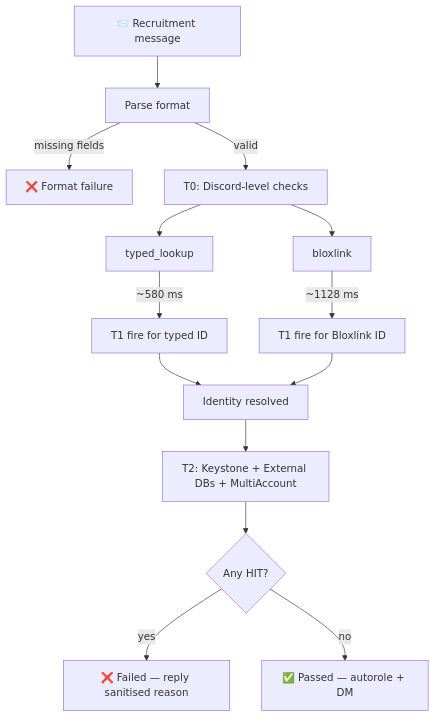
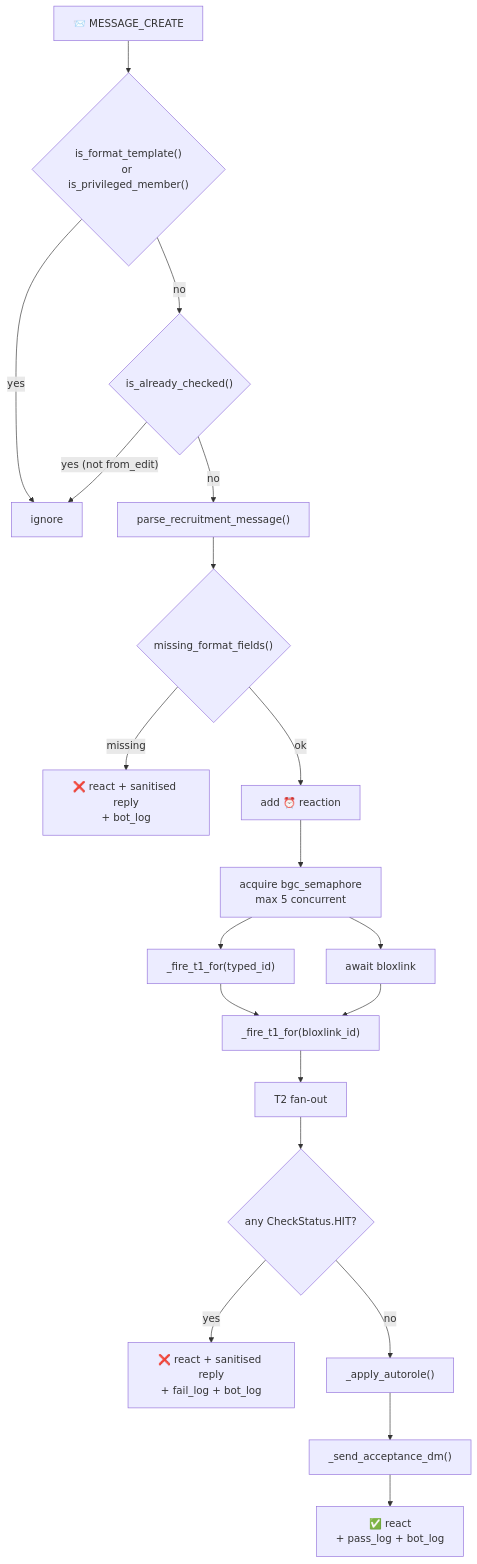
One commit to pizzarobloxh/bgc-bot changed the first of 11 diagrams in README.md. Above: the diagram before and after it, drawn with Mermaid. The commit also changed other lines of this file, not shown here.

````diff
--- a/README.md
+++ b/README.md
@@ -159,16 +199,22 @@
 ```mermaid
 flowchart TD
-    A["📨 Recruitment message"] --> B["Parse format"]
-    B -->|"missing fields"| C["❌ Format failure"]
-    B -->|"valid"| D["T0: Discord-level checks"]
-    D --> E["typed_lookup"]
-    D --> F["bloxlink"]
-    E -->|"~580 ms"| G["T1 fire for typed ID"]
-    F -->|"~1128 ms"| H["T1 fire for Bloxlink ID"]
-    G --> I["Identity resolved"]
-    H --> I
-    I --> J["T2: Keystone + External DBs + MultiAccount"]
-    J --> K{"Any HIT?"}
-    K -->|"yes"| L["❌ Failed — reply sanitised reason"]
-    K -->|"no"| M["✅ Passed — autorole + DM"]
+    A["📨 MESSAGE_CREATE"] --> B{"is_format_template()<br/>or is_privileged_member()"}
+    B -->|"yes"| Z["ignore"]
+    B -->|"no"| C{"is_already_checked()"}
+    C -->|"yes (not from_edit)"| Z
+    C -->|"no"| D["parse_recruitment_message()"]
+    D --> E{"missing_format_fields()"}
+    E -->|"missing"| F["❌ react + sanitised reply<br/>+ bot_log"]
+    E -->|"ok"| G["add ⏰ reaction"]
+    G --> H["acquire bgc_semaphore<br/>max 5 concurrent"]
+    H --> I["_fire_t1_for(typed_id)"]
+    H --> J["await bloxlink"]
+    I --> K["_fire_t1_for(bloxlink_id)"]
+    J --> K
+    K --> L["T2 fan-out"]
+    L --> M{"any CheckStatus.HIT?"}
+    M -->|"yes"| N["❌ react + sanitised reply<br/>+ fail_log + bot_log"]
+    M -->|"no"| O["_apply_autorole()"]
+    O --> P["_send_acceptance_dm()"]
+    P --> Q["✅ react<br/>+ pass_log + bot_log"]
 ```
````
